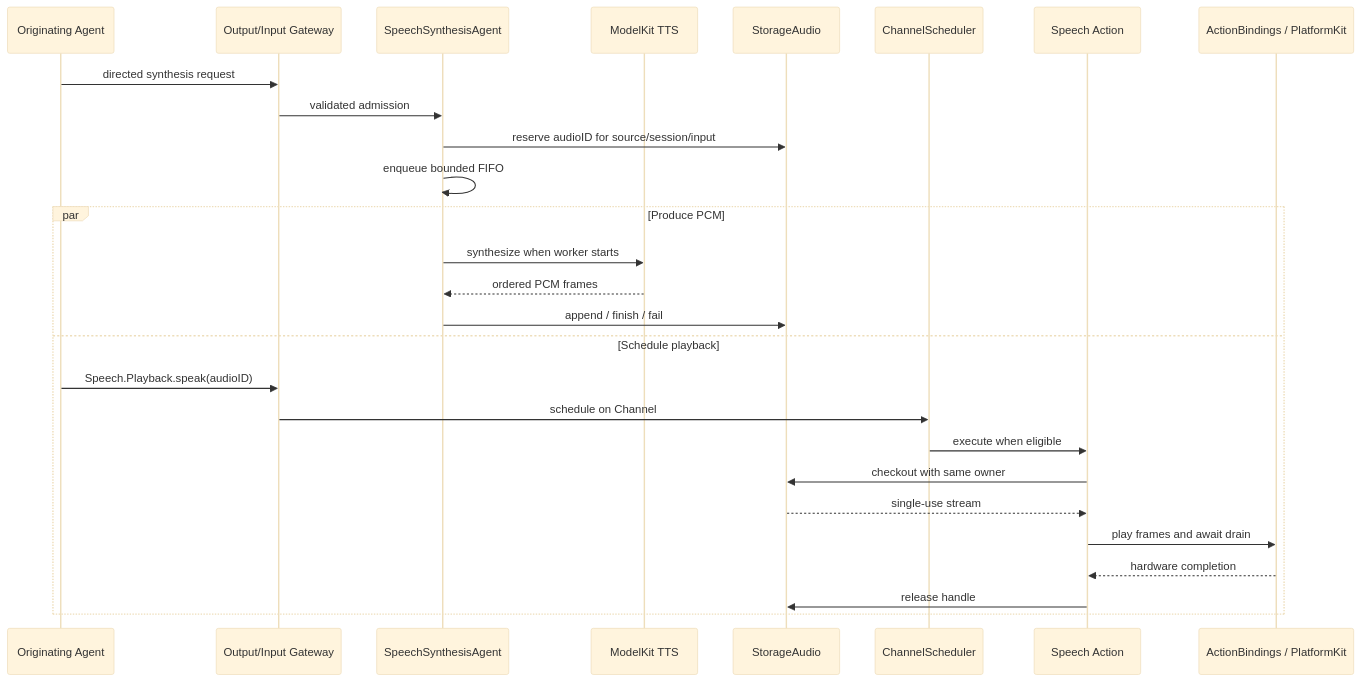
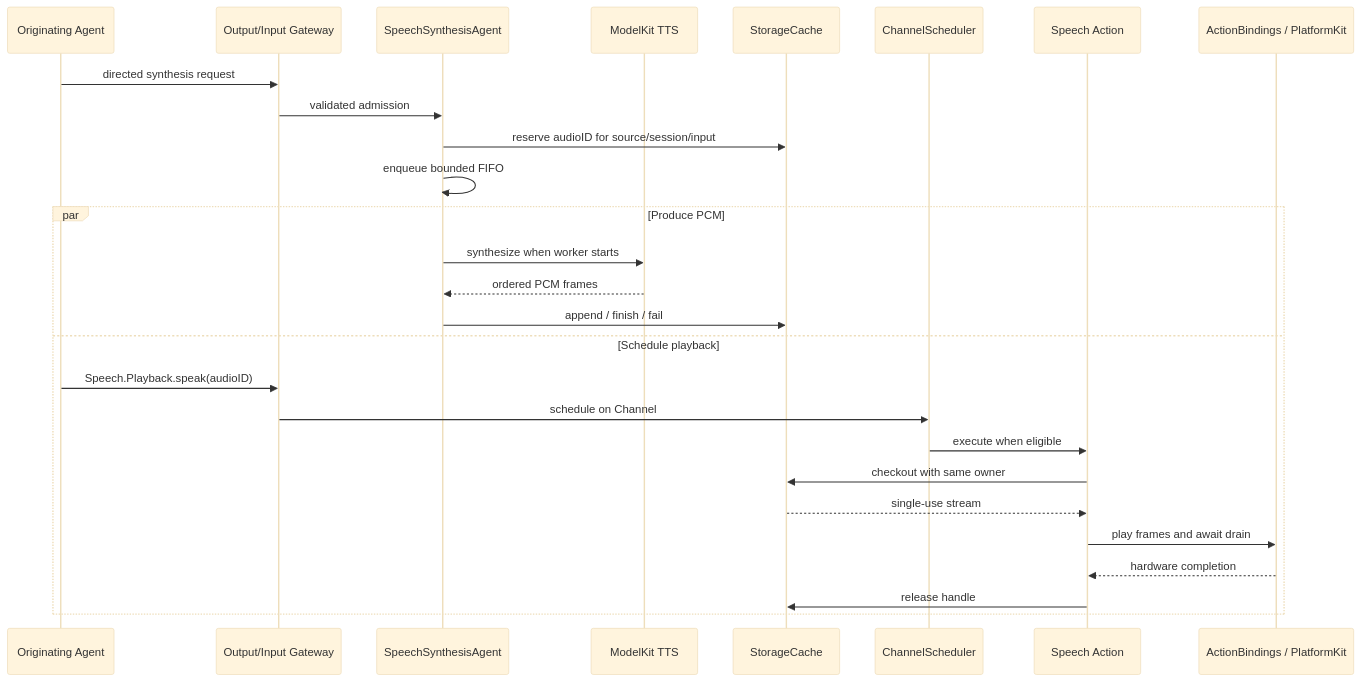
One commit to devilyouwei/MobileHarness changed diagram 17 of 32 in MobileHarness/README.md. Above: the diagram before and after it, drawn with Mermaid (base theme). The commit also changed other lines of this file and 299 other files, not shown here.

First line of the commit message:
refactor(storage): introduce State Cache Database and Files containers

````diff
--- a/MobileHarness/README.md
+++ b/MobileHarness/README.md
@@ -818,29 +821,29 @@
 ```mermaid
 sequenceDiagram
     participant A as Originating Agent
     participant G as Output/Input Gateway
     participant S as SpeechSynthesisAgent
     participant M as ModelKit TTS
-    participant C as StorageAudio
+    participant C as StorageCache
     participant Q as ChannelScheduler
     participant R as Speech Action
     participant P as ActionBindings / PlatformKit
     A->>G: directed synthesis request
     G->>S: validated admission
     S->>C: reserve audioID for source/session/input
     S->>S: enqueue bounded FIFO
     par Produce PCM
         S->>M: synthesize when worker starts
         M-->>S: ordered PCM frames
         S->>C: append / finish / fail
     and Schedule playback
         A->>G: Speech.Playback.speak(audioID)
         G->>Q: schedule on Channel
         Q->>R: execute when eligible
         R->>C: checkout with same owner
         C-->>R: single-use stream
         R->>P: play frames and await drain
         P-->>R: hardware completion
         R->>C: release handle
     end
 ```
````
